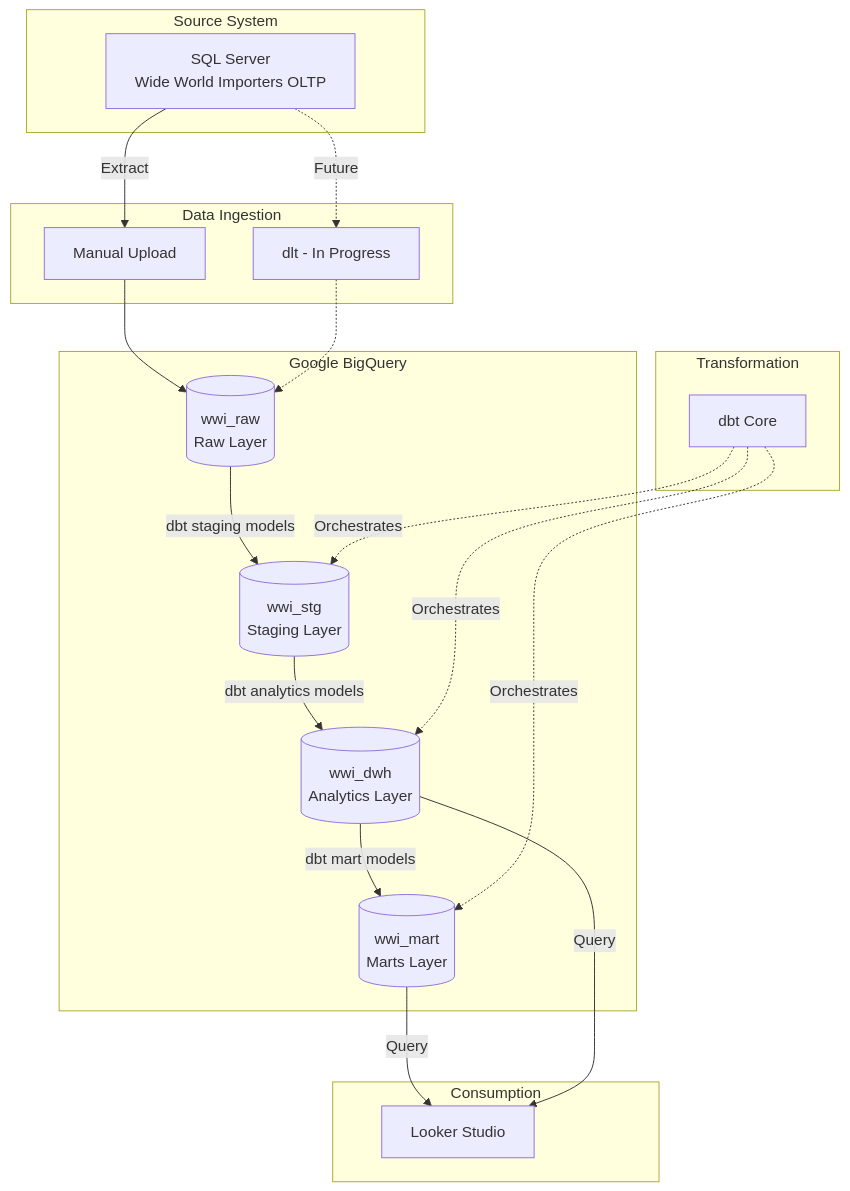
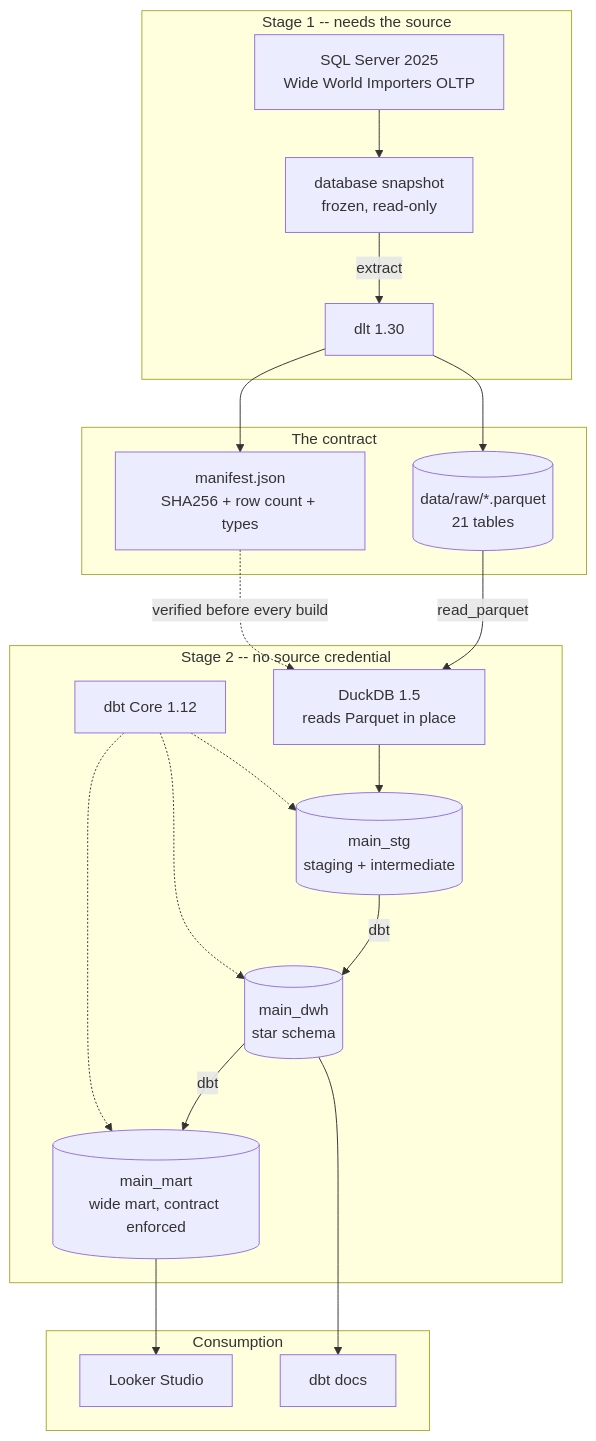
Before and after one commit to plat102/pj-dw-wide-world-importers: the diagram in docs/technical_design.md, drawn with Mermaid. The commit also changed other lines of this file and 6 other files, not shown here.

````diff
--- a/docs/technical_design.md
+++ b/docs/technical_design.md
@@ -5,39 +9,41 @@
 ```mermaid
 graph TB
-    subgraph Source["Source System"]
-        OLTP[SQL Server<br/>Wide World Importers OLTP]
+    subgraph Stage1["Stage 1 -- needs the source"]
+        OLTP[SQL Server 2025<br/>Wide World Importers OLTP]
+        SNAP[database snapshot<br/>frozen, read-only]
+        DLT[dlt 1.30]
     end
-  
-    subgraph Ingestion["Data Ingestion"]
-        MANUAL[Manual Upload]
-        DLT[dlt - In Progress]
+
+    subgraph Boundary["The contract"]
+        PARQUET[(data/raw/*.parquet<br/>21 tables)]
+        MANIFEST[manifest.json<br/>SHA256 + row count + types]
     end
-  
-    subgraph BigQuery["Google BigQuery"]
-        RAW[(wwi_raw<br/>Raw Layer)]
-        STG[(wwi_stg<br/>Staging Layer)]
-        DWH[(wwi_dwh<br/>Analytics Layer)]
-        MART[(wwi_mart<br/>Marts Layer)]
+
+    subgraph Stage2["Stage 2 -- no source credential"]
+        DUCK[DuckDB 1.5<br/>reads Parquet in place]
+        STG[(main_stg<br/>staging + intermediate)]
+        DWH[(main_dwh<br/>star schema)]
+        MART[(main_mart<br/>wide mart, contract enforced)]
+        DBT[dbt Core 1.12]
     end
-  
-    subgraph Transform["Transformation"]
-        DBT[dbt Core]
-    end
-  
+
     subgraph Consume["Consumption"]
         BI[Looker Studio]
+        DOCS[dbt docs]
     end
-  
-    OLTP -->|Extract| MANUAL
-    OLTP -.->|Future| DLT
-    MANUAL --> RAW
-    DLT -.-> RAW
-    RAW -->|dbt staging models| STG
-    STG -->|dbt analytics models| DWH
-    DWH -->|dbt mart models| MART
-    DBT -.->|Orchestrates| STG
-    DBT -.->|Orchestrates| DWH
-    DBT -.->|Orchestrates| MART
-    MART -->|Query| BI
-    DWH -->|Query| BI
+
+    OLTP --> SNAP
+    SNAP -->|extract| DLT
+    DLT --> PARQUET
+    DLT --> MANIFEST
+    PARQUET -->|read_parquet| DUCK
+    MANIFEST -.->|verified before every build| DUCK
+    DUCK --> STG
+    STG -->|dbt| DWH
+    DWH -->|dbt| MART
+    DBT -.-> STG
+    DBT -.-> DWH
+    DBT -.-> MART
+    MART --> BI
+    DWH --> DOCS
 ```
````
